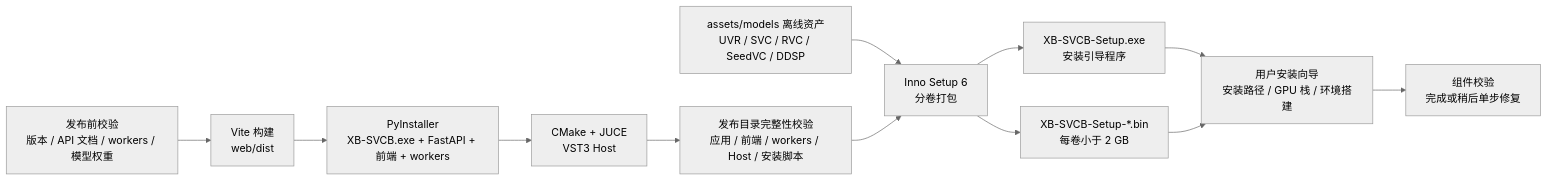
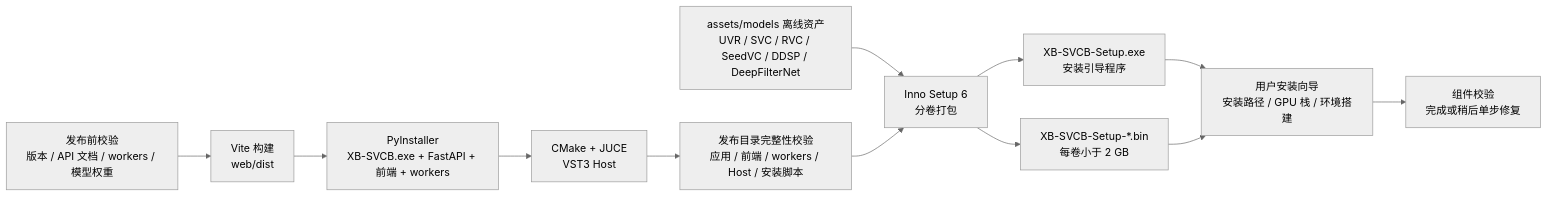
Before and after one commit to SDIJF1521/xb-svcb: the third of 3 diagrams in README.md, drawn with Mermaid (neutral theme). The commit also changed other lines of this file and 30 other files, not shown here.

Commit message:
AI 歌声增强工程 + DeepFilterNet 离线化测试版本

````diff
--- a/README.md
+++ b/README.md
@@ -828,16 +839,16 @@
 ```mermaid
 flowchart LR
     CHECK["发布前校验<br/>版本 / API 文档 / workers / 模型权重"] --> WEB["Vite 构建<br/>web/dist"]
     WEB --> APP["PyInstaller<br/>XB-SVCB.exe + FastAPI + 前端 + workers"]
     APP --> HOST["CMake + JUCE<br/>VST3 Host"]
     HOST --> STAGE["发布目录完整性校验<br/>应用 / 前端 / workers / Host / 安装脚本"]
 
-    ASSETS["assets/models 离线资产<br/>UVR / SVC / RVC / SeedVC / DDSP"] --> ISCC["Inno Setup 6<br/>分卷打包"]
+    ASSETS["assets/models 离线资产<br/>UVR / SVC / RVC / SeedVC / DDSP / DeepFilterNet"] --> ISCC["Inno Setup 6<br/>分卷打包"]
     STAGE --> ISCC
 
     ISCC --> EXE["XB-SVCB-Setup.exe<br/>安装引导程序"]
     ISCC --> BIN["XB-SVCB-Setup-*.bin<br/>每卷小于 2 GB"]
     EXE --> INSTALL["用户安装向导<br/>安装路径 / GPU 栈 / 环境搭建"]
     BIN --> INSTALL
     INSTALL --> READY["组件校验<br/>完成或稍后单步修复"]
 ```
````
